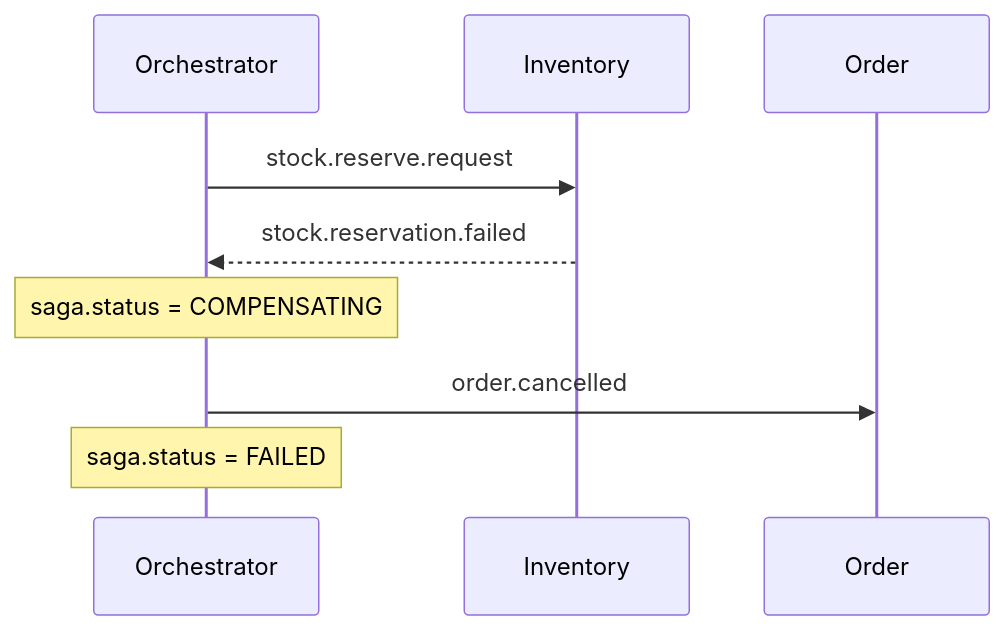
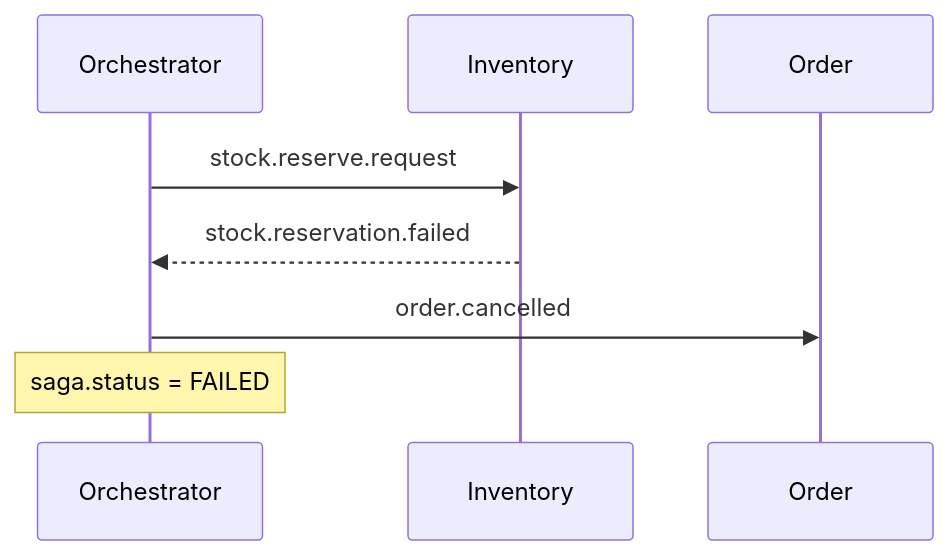
Before and after one commit to alitalhacoban/spring-saga-payment-system: the third of 4 diagrams in README.md, drawn with Mermaid. The commit also changed other lines of this file, not shown here.

````diff
--- a/README.md
+++ b/README.md
@@ -90,12 +68,11 @@
 ```mermaid
 sequenceDiagram
     participant Orchestrator
     participant Inventory
     participant Order
 
     Orchestrator->>Inventory: stock.reserve.request
     Inventory-->>Orchestrator: stock.reservation.failed
-    Note over Orchestrator: saga.status = COMPENSATING
     Orchestrator->>Order: order.cancelled
     Note over Orchestrator: saga.status = FAILED
 ```
````
